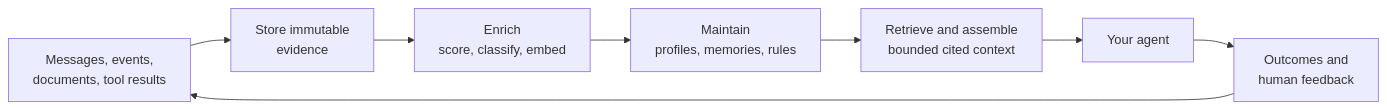
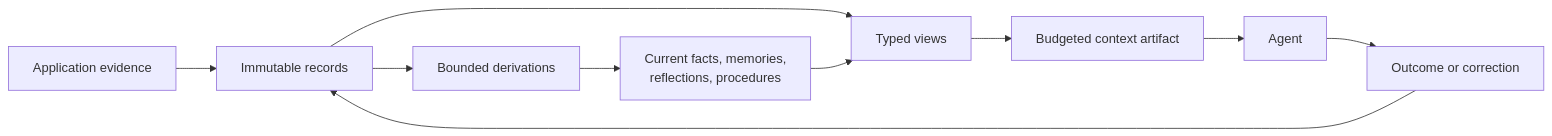
Before and after one commit to memseekai/memseek: the diagram in README.md, drawn with Mermaid. The commit also changed other lines of this file, not shown here.

````diff
--- a/README.md
+++ b/README.md
@@ -53,10 +26,12 @@
 ```mermaid
 flowchart LR
-  A[Messages, events,<br/>documents, tool results] --> B[Store immutable<br/>evidence]
-  B --> C[Enrich<br/>score, classify, embed]
-  C --> D[Maintain<br/>profiles, memories, rules]
-  D --> E[Retrieve and assemble<br/>bounded cited context]
-  E --> F[Your agent]
-  F --> G[Outcomes and<br/>human feedback]
-  G --> A
+  A[Application evidence] --> B[Immutable records]
+  B --> C[Bounded derivations]
+  C --> D[Current facts, memories,<br/>reflections, procedures]
+  B --> E[Typed views]
+  D --> E
+  E --> F[Budgeted context artifact]
+  F --> G[Agent]
+  G --> H[Outcome or correction]
+  H --> B
 ```
````
